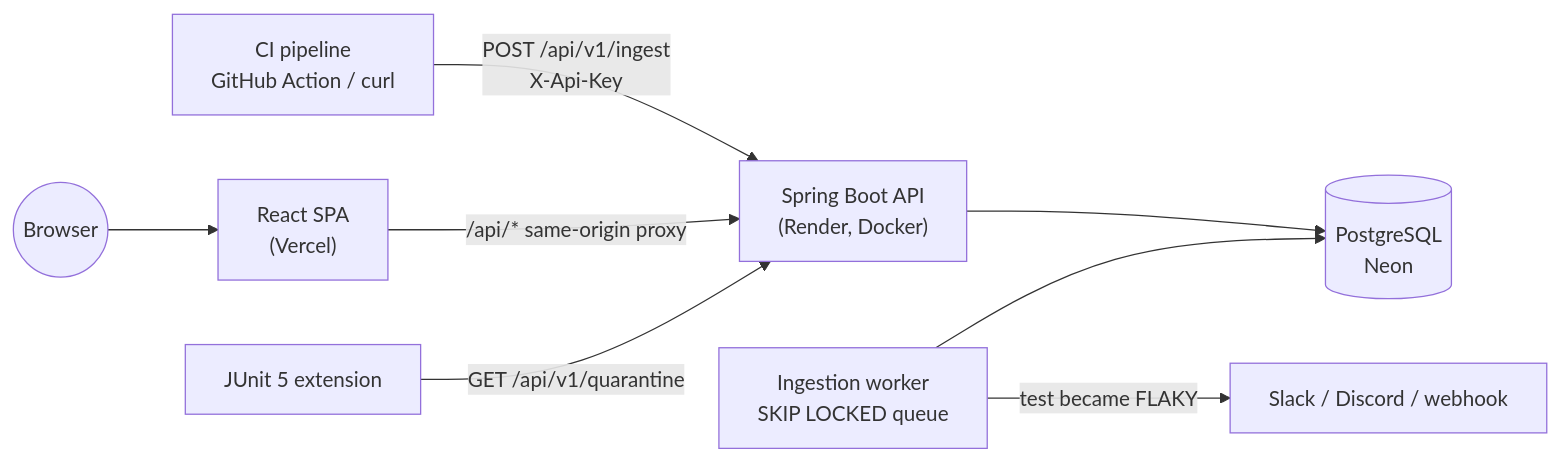
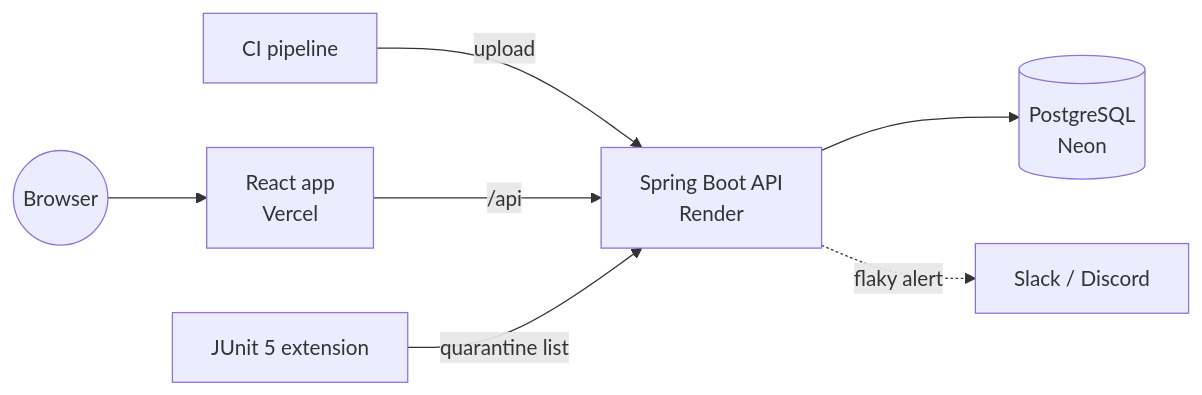
The diagram in README.md (Devisri4/flakyhunter), drawn with Mermaid before and after one commit. The commit also changed other lines of this file and 3 other files, not shown here.

````diff
--- a/README.md
+++ b/README.md
@@ -29,10 +68,9 @@
 ```mermaid
 flowchart LR
-  CI["CI pipeline<br/>GitHub Action / curl"] -- "POST /api/v1/ingest<br/>X-Api-Key" --> API
-  Browser((Browser)) --> FE["React SPA<br/>(Vercel)"]
-  FE -- "/api/* same-origin proxy" --> API["Spring Boot API<br/>(Render, Docker)"]
+  CI[CI pipeline] -- upload --> API
+  User((Browser)) --> Web[React app<br/>Vercel]
+  Web -- /api --> API[Spring Boot API<br/>Render]
   API --> DB[(PostgreSQL<br/>Neon)]
-  W["Ingestion worker<br/>SKIP LOCKED queue"] --> DB
-  W -- "test became FLAKY" --> Hooks["Slack / Discord / webhook"]
-  JU["JUnit 5 extension"] -- "GET /api/v1/quarantine" --> API
+  API -. flaky alert .-> Hooks[Slack / Discord]
+  Ext[JUnit 5 extension] -- quarantine list --> API
 ```
````
